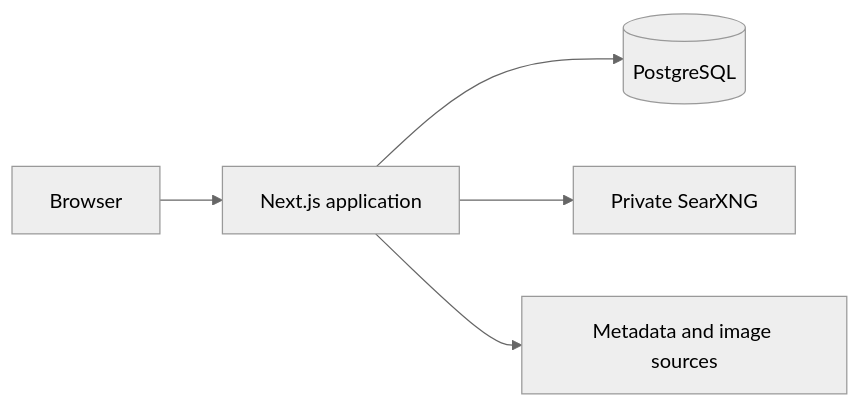
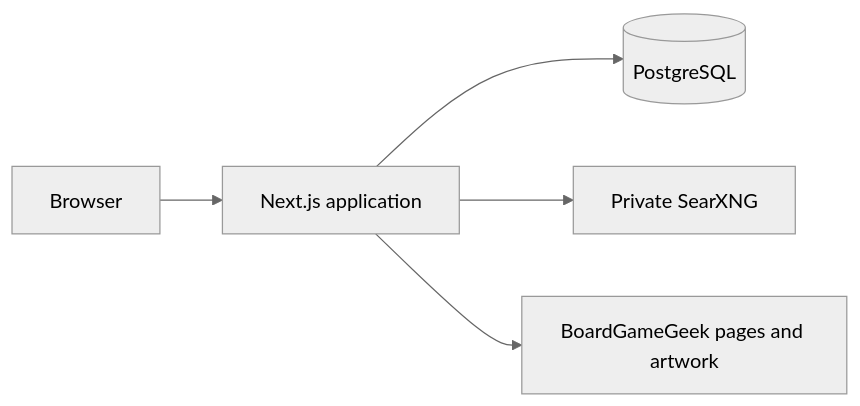
One commit to thisispivi/BoardGamesTracker changed the diagram in README.md. Above: the diagram before and after it, drawn with Mermaid (neutral theme). The commit also changed other lines of this file and 3 other files, not shown here.

````diff
--- a/README.md
+++ b/README.md
@@ -97,7 +88,7 @@
 ```mermaid
 flowchart LR
     Browser["Browser"] --> App["Next.js application"]
     App --> Database[("PostgreSQL")]
     App --> Search["Private SearXNG"]
-    App --> Sources["Metadata and image sources"]
+    App --> Sources["BoardGameGeek pages and artwork"]
 ```
````
